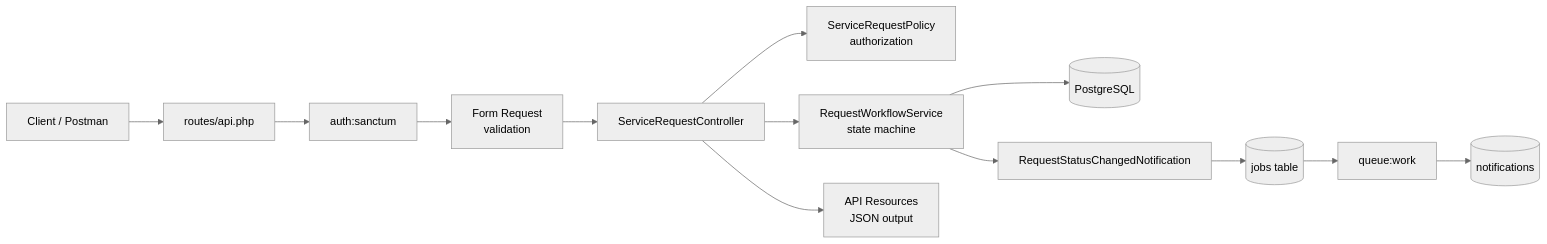
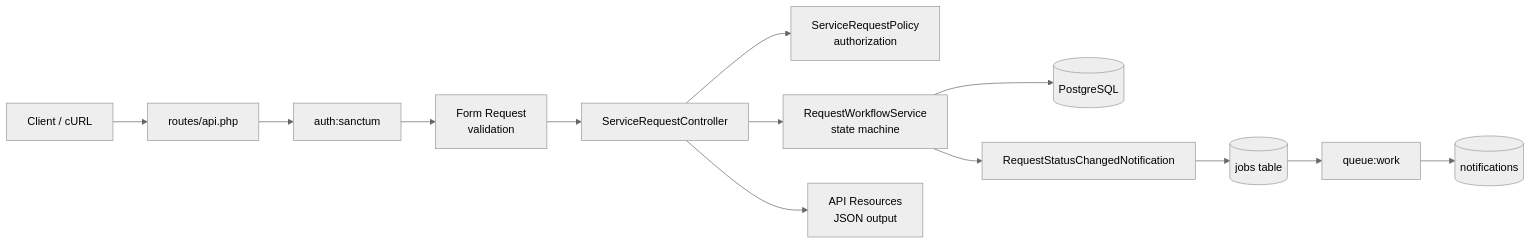
The diagram in docs/ARCHITECTURE.md (nngeek195/Assigment_PHP), drawn with Mermaid (neutral theme) before and after one commit. The commit also changed 5 other files, not shown here.

````diff
--- a/docs/ARCHITECTURE.md
+++ b/docs/ARCHITECTURE.md
@@ -5,13 +5,13 @@
 ```mermaid
 flowchart LR
-    C[Client / Postman] --> R[routes/api.php]
+    C[Client / cURL] --> R[routes/api.php]
     R --> A[auth:sanctum]
     A --> FR[Form Request<br/>validation]
     FR --> CT[ServiceRequestController]
     CT --> P[ServiceRequestPolicy<br/>authorization]
     CT --> S[RequestWorkflowService<br/>state machine]
     S --> DB[(PostgreSQL)]
     S --> N[RequestStatusChangedNotification]
     N --> Q[(jobs table)] --> W[queue:work] --> NT[(notifications)]
     CT --> RS[API Resources<br/>JSON output]
 ```
````
